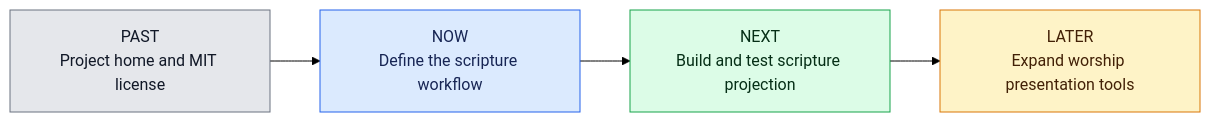
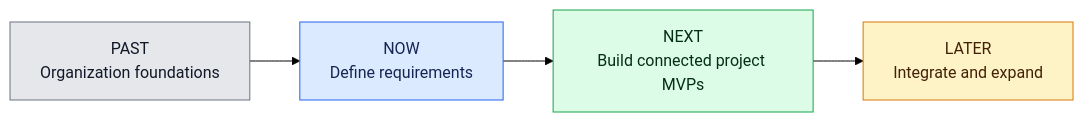
One commit to the-open-church-project/.github changed the second of 2 diagrams in README.md. Above: the diagram before and after it, drawn with Mermaid (forest theme). The commit also changed other lines of this file, not shown here.

Commit message:
Structure organization project roadmaps

````diff
--- a/README.md
+++ b/README.md
@@ -15,18 +67,18 @@
 ```mermaid
 flowchart LR
-    A["PAST<br/>Project home and MIT license"]
-    B["NOW<br/>Define the scripture workflow"]
-    C["NEXT<br/>Build and test scripture projection"]
-    D["LATER<br/>Expand worship presentation tools"]
+    A["PAST<br/>Organization foundations"]
+    B["NOW<br/>Define requirements"]
+    C["NEXT<br/>Build connected project MVPs"]
+    D["LATER<br/>Integrate and expand"]
 
     A --> B --> C --> D
 
     classDef past fill:#e5e7eb,color:#111827,stroke:#6b7280;
     classDef now fill:#dbeafe,color:#172554,stroke:#2563eb;
     classDef next fill:#dcfce7,color:#052e16,stroke:#16a34a;
     classDef later fill:#fef3c7,color:#422006,stroke:#d97706;
     class A past;
     class B now;
     class C next;
     class D later;
 ```
````
